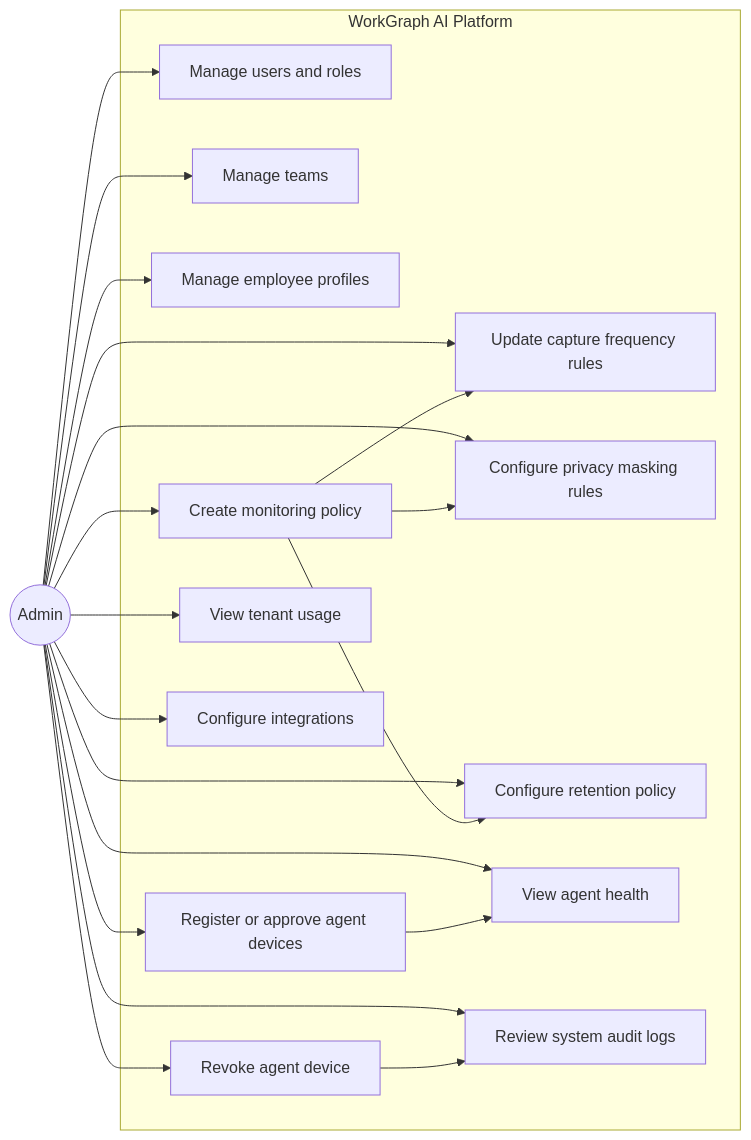
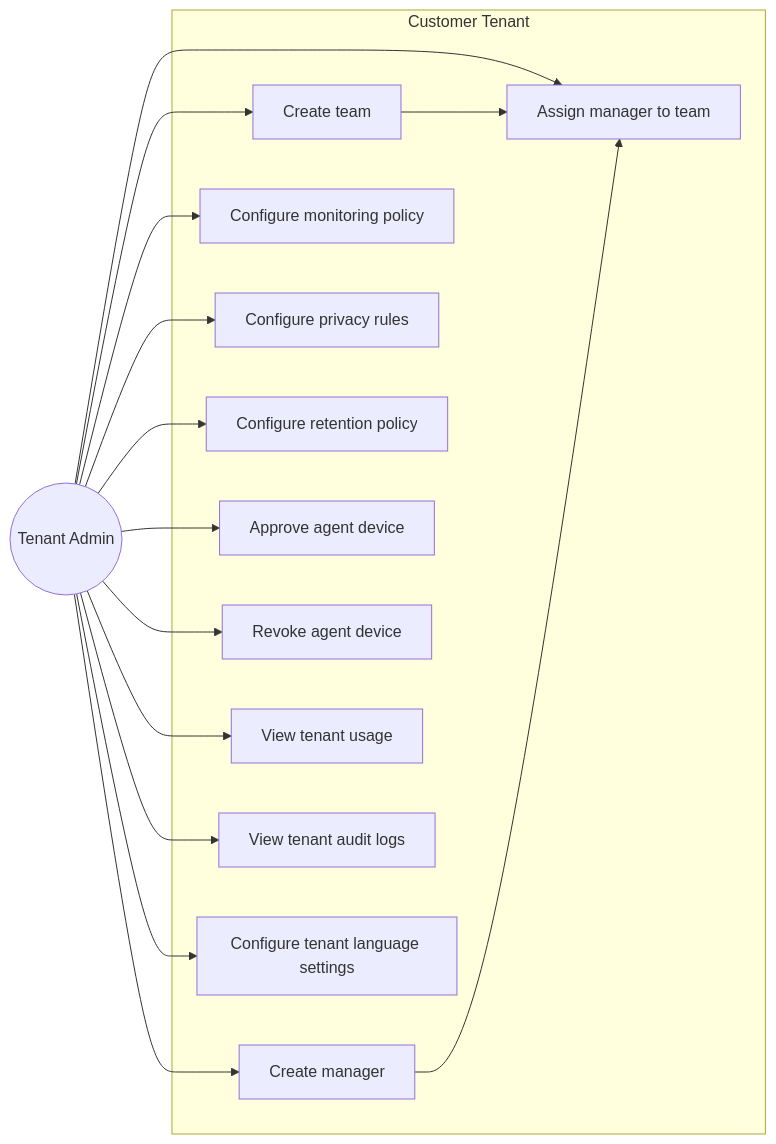
The second of 7 diagrams in docs/architecture/use-case-diagrams.md (raminamoly/WorkGraph-AI), drawn with Mermaid before and after one commit. The commit also changed other lines of this file, not shown here.

Commit message:
Simplify use case diagrams to MVP user hierarchy

````diff
--- a/docs/architecture/use-case-diagrams.md
+++ b/docs/architecture/use-case-diagrams.md
@@ -116,40 +82,33 @@
 ```mermaid
 flowchart LR
-    Admin((Admin))
+    TenantAdmin((Tenant Admin))
 
-    subgraph WorkGraphAI[WorkGraph AI Platform]
-        UC1[Manage users and roles]
-        UC2[Manage teams]
-        UC3[Manage employee profiles]
-        UC4[Register or approve agent devices]
-        UC5[Revoke agent device]
-        UC6[Create monitoring policy]
-        UC7[Update capture frequency rules]
-        UC8[Configure privacy masking rules]
-        UC9[Configure retention policy]
-        UC10[View agent health]
-        UC11[View tenant usage]
-        UC12[Review system audit logs]
-        UC13[Configure integrations]
+    subgraph Tenant[Customer Tenant]
+        UC1[Create team]
+        UC2[Create manager]
+        UC3[Assign manager to team]
+        UC4[Configure monitoring policy]
+        UC5[Configure privacy rules]
+        UC6[Configure retention policy]
+        UC7[Approve agent device]
+        UC8[Revoke agent device]
+        UC9[View tenant usage]
+        UC10[View tenant audit logs]
+        UC11[Configure tenant language settings]
     end
 
-    Admin --> UC1
-    Admin --> UC2
-    Admin --> UC3
-    Admin --> UC4
-    Admin --> UC5
-    Admin --> UC6
-    Admin --> UC7
-    Admin --> UC8
-    Admin --> UC9
-    Admin --> UC10
-    Admin --> UC11
-    Admin --> UC12
-    Admin --> UC13
+    TenantAdmin --> UC1
+    TenantAdmin --> UC2
+    TenantAdmin --> UC3
+    TenantAdmin --> UC4
+    TenantAdmin --> UC5
+    TenantAdmin --> UC6
+    TenantAdmin --> UC7
+    TenantAdmin --> UC8
+    TenantAdmin --> UC9
+    TenantAdmin --> UC10
+    TenantAdmin --> UC11
 
-    UC6 --> UC7
-    UC6 --> UC8
-    UC6 --> UC9
-    UC4 --> UC10
-    UC5 --> UC12
+    UC1 --> UC3
+    UC2 --> UC3
 ```
````
